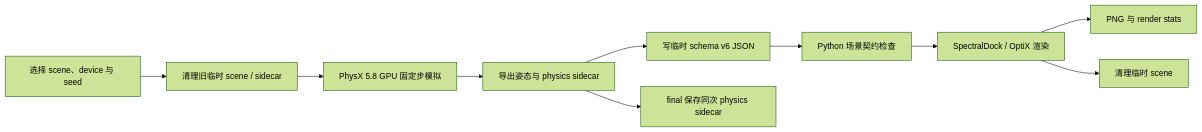
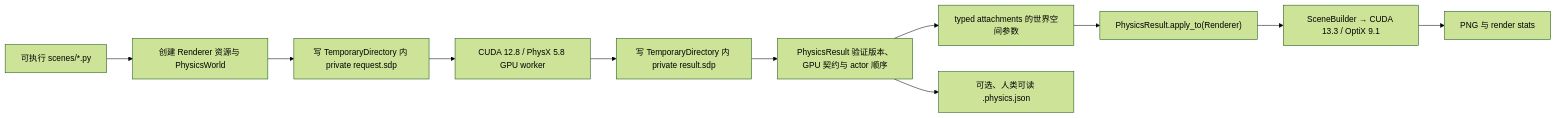
The diagram in docs/PHYSX_SCENE.md (goooxu/SpectralDock), drawn with Mermaid (forest theme) before and after one commit. The commit also changed other lines of this file and 109 other files, not shown here.

Commit message:
feat: make Python scenes directly executable

```diff
--- a/docs/PHYSX_SCENE.md
+++ b/docs/PHYSX_SCENE.md
@@ -27,12 +31,13 @@
 ~~~mermaid
 flowchart LR
-    A["选择 scene、device 与 seed"] --> B["清理旧临时 scene / sidecar"]
-    B --> C["PhysX 5.8 GPU 固定步模拟"]
-    C --> D["导出姿态与 physics sidecar"]
-    D --> E["写临时 schema v6 JSON"]
-    E --> F["Python 场景契约检查"]
-    F --> G["SpectralDock / OptiX 渲染"]
-    G --> H["PNG 与 render stats"]
-    D --> I["final 保存同次 physics sidecar"]
-    G --> J["清理临时 scene"]
+    A["可执行 scenes/*.py"] --> B["创建 Renderer 资源与 PhysicsWorld"]
+    B --> C["写 TemporaryDirectory 内 private request.sdp"]
+    C --> D["CUDA 12.8 / PhysX 5.8 GPU worker"]
+    D --> E["写 TemporaryDirectory 内 private result.sdp"]
+    E --> F["PhysicsResult 验证版本、GPU 契约与 actor 顺序"]
+    F --> G["typed attachments 的世界空间参数"]
+    G --> H["PhysicsResult.apply_to(Renderer)"]
+    H --> I["SceneBuilder → CUDA 13.3 / OptiX 9.1"]
+    I --> J["PNG 与 render stats"]
+    F --> K["可选、人类可读 .physics.json"]
 ~~~
```
